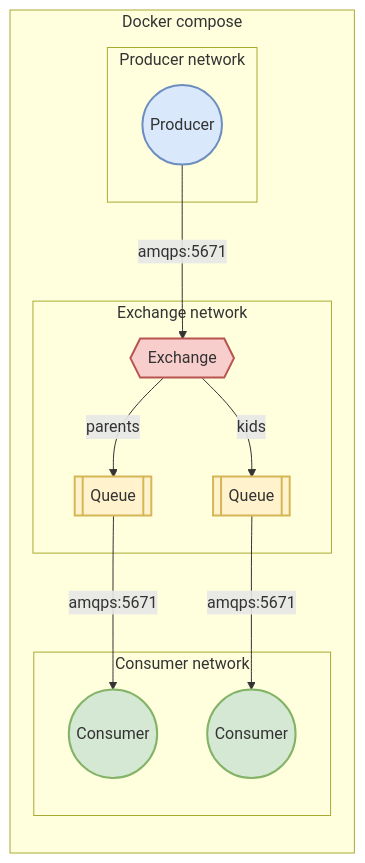
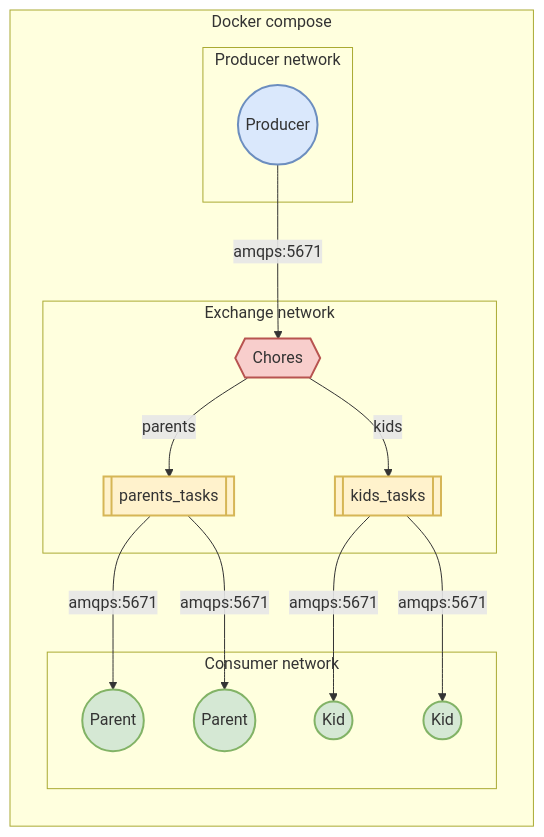
The diagram in README.md (matthew-shaw/rabbit-stew), drawn with Mermaid before and after one commit.

Commit message:
update diagram

````diff
--- a/README.md
+++ b/README.md
@@ -11,30 +11,32 @@
 ```mermaid
 flowchart LR
     subgraph Docker compose
         subgraph Producer network
             P((Producer)):::P
         end
 
         subgraph Exchange network
-            X{{Exchange}}:::E
-            Q1[[Queue]]:::Q
-            Q2[[Queue]]:::Q
+            X{{Chores}}:::E
+            Q1[[parents_tasks]]:::Q
+            Q2[[kids_tasks]]:::Q
         end
         
         subgraph Consumer network
-            C1((Consumer)):::C
-            C2((Consumer)):::C
+            C1((Parent)):::C
+            C2((Parent)):::C
+            C3((Kid)):::C
+            C4((Kid)):::C
         end
     end
 
     P -- amqps:5671 --> X
     X -- parents --> Q1
     X -- kids --> Q2
-    Q1 -- amqps:5671 --> C1
-    Q2 -- amqps:5671 --> C2
+    Q1 -- amqps:5671 --> C1 & C2
+    Q2 -- amqps:5671 --> C3 & C4
 
     classDef P fill:#DAE8FC,stroke:#6C8EBF,stroke-width:2px
     classDef E fill:#F8CECC,stroke:#B85450,stroke-width:2px
     classDef Q fill:#FFF2CC,stroke:#D6B656,stroke-width:2px
     classDef C fill:#D5E8D4,stroke:#82B366,stroke-width:2px
 ```
````
